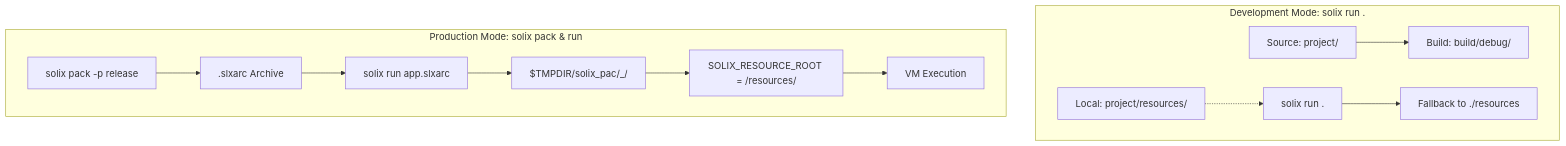
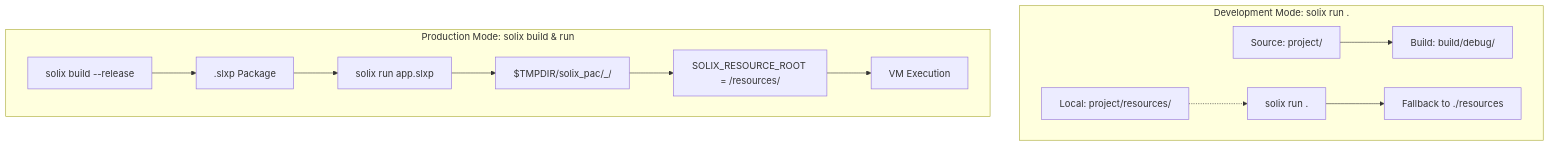
One commit to Jehudme/solix-language changed the diagram in docs/guide/packaging_and_resources.md. Above: the diagram before and after it, drawn with Mermaid. The commit also changed other lines of this file and 53 other files, not shown here.

First line of the commit message:
docs: migrate to .slxp package format and synchronize specifications (#94, #96)

````diff
--- a/docs/guide/packaging_and_resources.md
+++ b/docs/guide/packaging_and_resources.md
@@ -332,16 +178,16 @@
 ```mermaid
 flowchart TD
     subgraph Development["Development Mode: solix run ."]
         DevSrc["Source: project/"] --> DevBuild["Build: build/debug/"]
         DevRes["Local: project/resources/"] -.-> DevExec["solix run ."]
         DevExec --> Fallback["Fallback to ./resources"]
     end
 
-    subgraph Production["Production Mode: solix pack & run"]
-        PackCmd["solix pack -p release"] --> Slxpac[".slxarc Archive"]
-        Slxpac --> RunPac["solix run app.slxarc"]
-        RunPac --> Cache["$TMPDIR/solix_pac/<app>_<hash>/"]
+    subgraph Production["Production Mode: solix build & run"]
+        BuildCmd["solix build --release"] --> SlxpPkg[".slxp Package"]
+        SlxpPkg --> RunPkg["solix run app.slxp"]
+        RunPkg --> Cache["$TMPDIR/solix_pac/<app>_<hash>/"]
         Cache --> Mount["SOLIX_RESOURCE_ROOT = <cache>/resources/"]
         Mount --> ExecVM["VM Execution"]
     end
 ```
````
